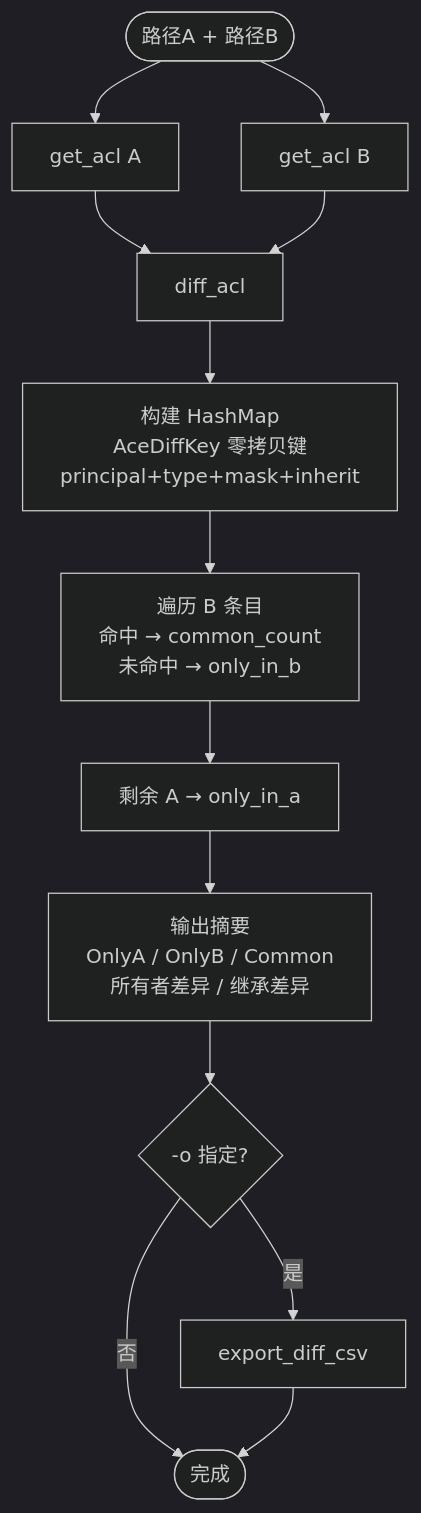
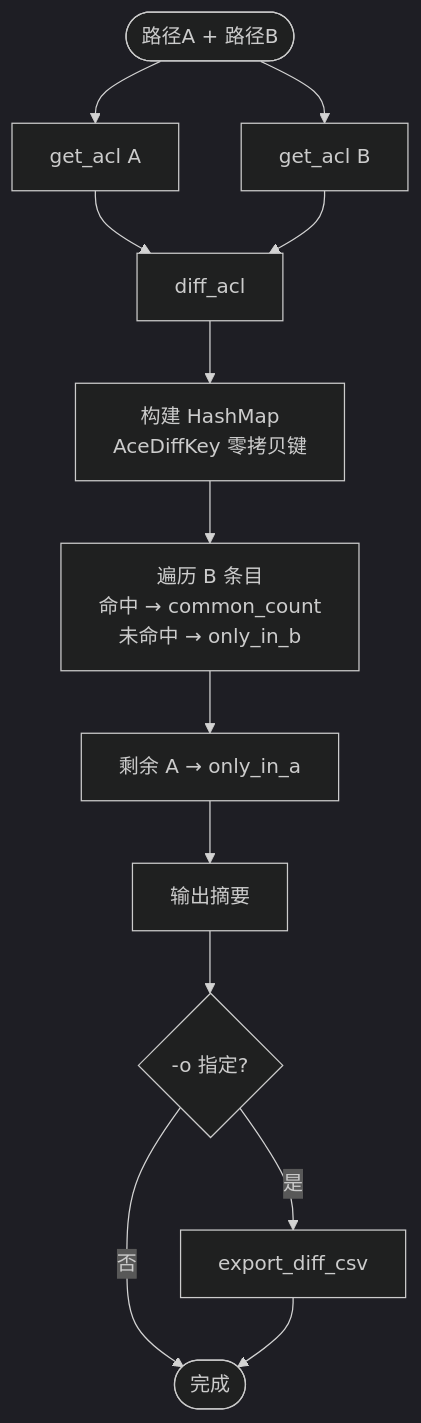
The sixth of 17 diagrams in docs/module/01-ACL.md (jinghu-moon/XunYu), drawn with Mermaid (dark theme) before and after one commit. The commit also changed other lines of this file, not shown here.

````diff
--- a/docs/module/01-ACL.md
+++ b/docs/module/01-ACL.md
@@ -249,13 +278,13 @@
 ```mermaid
 flowchart TD
     A([路径A + 路径B]) --> B[get_acl A] & C[get_acl B]
     B & C --> D[diff_acl]
-    D --> E[构建 HashMap\nAceDiffKey 零拷贝键\nprincipal+type+mask+inherit]
+    D --> E[构建 HashMap\nAceDiffKey 零拷贝键]
     E --> F[遍历 B 条目\n命中 → common_count\n未命中 → only_in_b]
     F --> G[剩余 A → only_in_a]
-    G --> H[输出摘要\nOnlyA / OnlyB / Common\n所有者差异 / 继承差异]
+    G --> H[输出摘要]
     H --> I{-o 指定?}
     I --> |是| J[export_diff_csv]
     I --> |否| K([完成])
     J --> K
 ```
````
